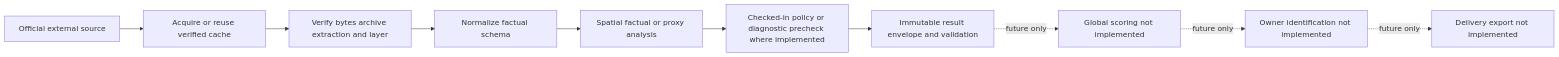
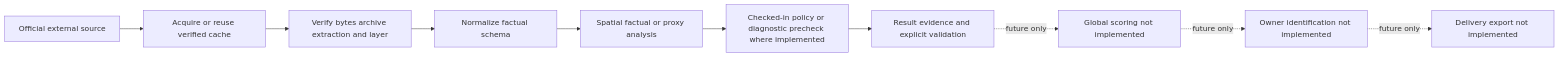
The second of 2 diagrams in docs/code/ARCHITECTURE.md (hmsouhaib/landscout-ai), drawn with Mermaid before and after one commit. The commit also changed other lines of this file and 138 other files, not shown here.

````diff
--- a/docs/code/ARCHITECTURE.md
+++ b/docs/code/ARCHITECTURE.md
@@ -57,12 +59,12 @@
 ```mermaid
 flowchart LR
     External[Official external source] --> Acquire[Acquire or reuse verified cache]
     Acquire --> Physical[Verify bytes archive extraction and layer]
     Physical --> Normalize[Normalize factual schema]
     Normalize --> Analyze[Spatial factual or proxy analysis]
     Analyze --> Policy[Checked-in policy or diagnostic precheck where implemented]
-    Policy --> Result[Immutable result envelope and validation]
+    Policy --> Result[Result evidence and explicit validation]
     Result -. future only .-> Score[Global scoring not implemented]
     Score -. future only .-> Identify[Owner identification not implemented]
     Identify -. future only .-> Export[Delivery export not implemented]
 ```
````
